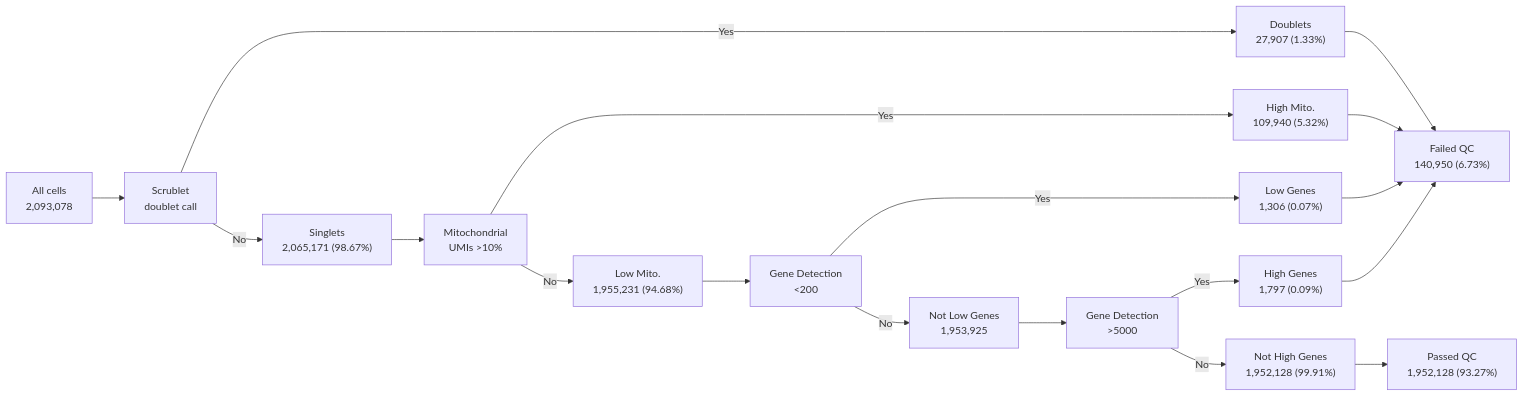
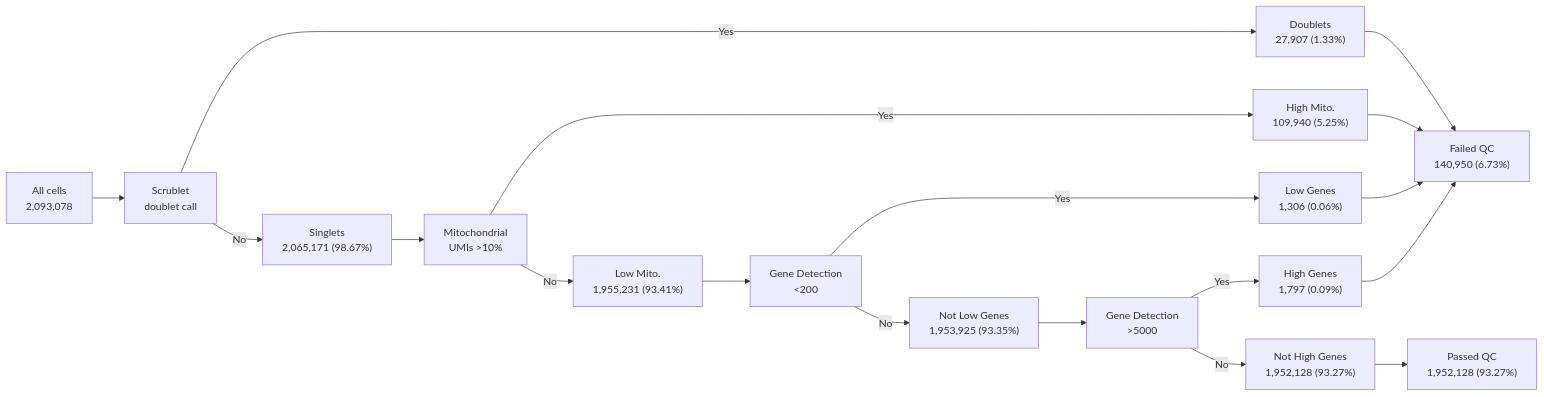
One commit to aifimmunology/aifi-healthy-pbmc-reference changed the diagram in visualizations/QC Filtering flowchart.md. Above: the diagram before and after it, drawn with Mermaid.

Commit message:
Update QC Filtering flowchart.md

````diff
--- a/visualizations/QC Filtering flowchart.md
+++ b/visualizations/QC Filtering flowchart.md
@@ -1,21 +1,21 @@
 ```mermaid
 flowchart LR
 
 all["All cells\n2,093,078"] --> scrublet["Scrublet\ndoublet call"]
 scrublet -- Yes --> doublets["Doublets\n27,907 (1.33%)"]
 scrublet -- No --> singlets["Singlets\n2,065,171 (98.67%)"]
 singlets --> mito["Mitochondrial\nUMIs >10%"]
-mito -- Yes --> high_mito["High Mito.\n109,940 (5.32%)"]
-mito -- No --> low_mito["Low Mito.\n1,955,231 (94.68%)"]
+mito -- Yes --> high_mito["High Mito.\n109,940 (5.25%)"]
+mito -- No --> low_mito["Low Mito.\n1,955,231 (93.41%)"]
 low_mito --> low_test["Gene Detection\n<200"]
-low_test -- Yes --> low_genes["Low Genes\n1,306 (0.07%)"]
-low_test -- No --> not_low_genes["Not Low Genes\n1,953,925"]
+low_test -- Yes --> low_genes["Low Genes\n1,306 (0.06%)"]
+low_test -- No --> not_low_genes["Not Low Genes\n1,953,925 (93.35%)"]
 not_low_genes --> high_test["Gene Detection\n>5000"]
 high_test -- Yes --> high_genes["High Genes\n1,797 (0.09%)"]
-high_test -- No --> not_high_genes["Not High Genes\n1,952,128 (99.91%)"]
+high_test -- No --> not_high_genes["Not High Genes\n1,952,128 (93.27%)"]
 not_high_genes --> pass["Passed QC\n1,952,128 (93.27%)"]
 doublets --> fail["Failed QC\n140,950 (6.73%)"]
 high_mito --> fail
 low_genes --> fail
 high_genes --> fail
 ```
````
